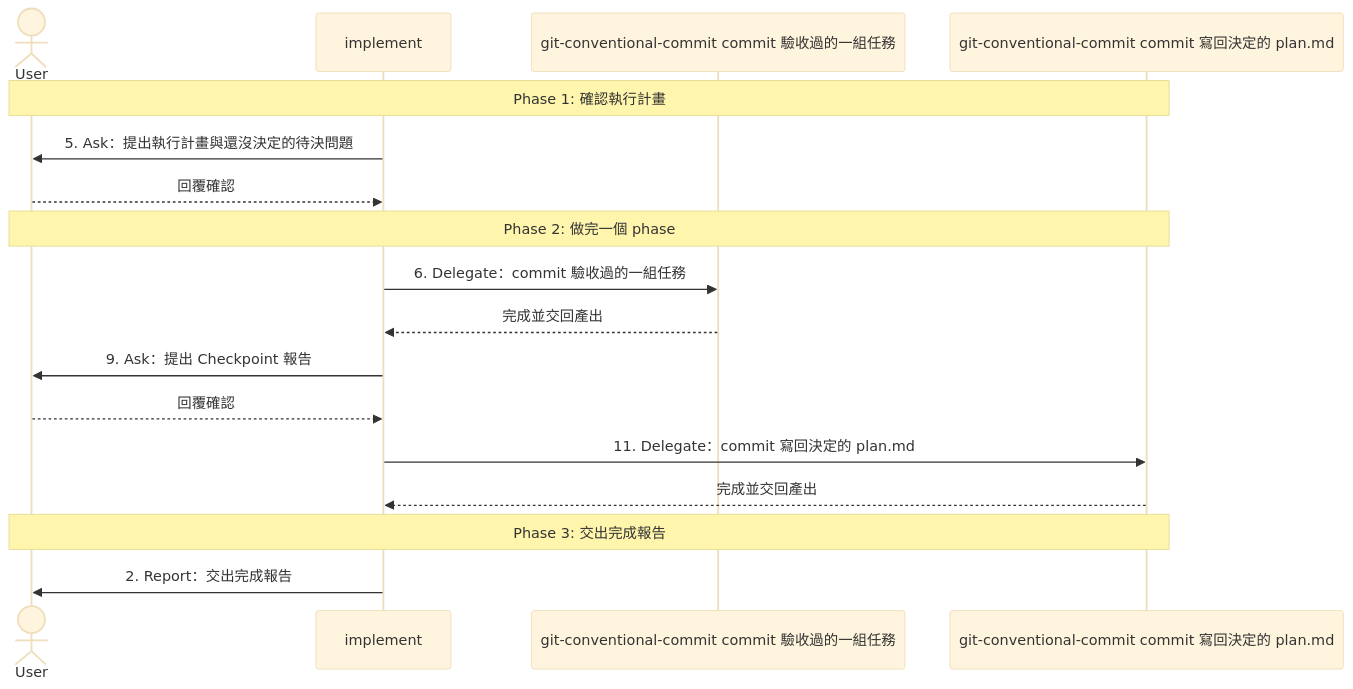
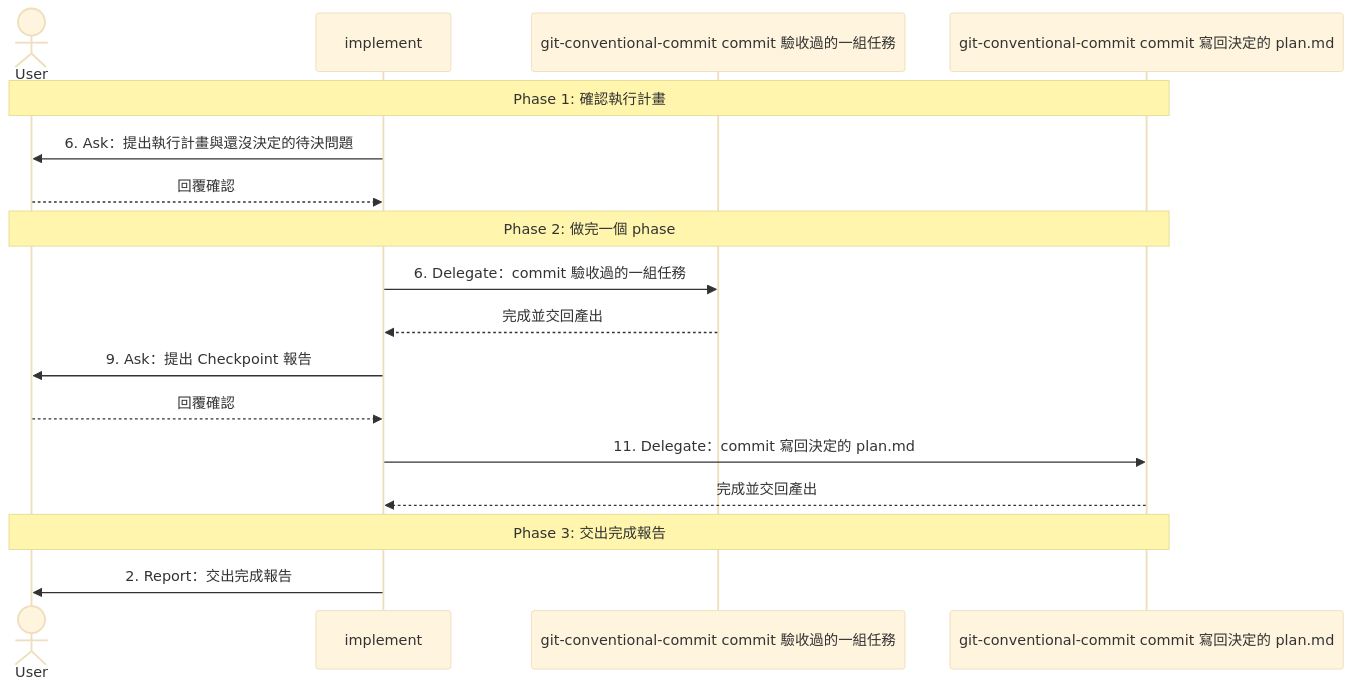
Before and after one commit to AI-x-BDD/BDGG-Dev-Skills: the second of 2 diagrams in .claude/skills/implement/SKILL.md, drawn with Mermaid (base theme). The commit also changed other lines of this file and 19 other files, not shown here.

````diff
--- a/.claude/skills/implement/SKILL.md
+++ b/.claude/skills/implement/SKILL.md
@@ -106,19 +112,19 @@
 ```mermaid
 sequenceDiagram
     actor User
     participant Main as implement
     participant Sub_1 as git-conventional-commit commit 驗收過的一組任務
     participant Sub_2 as git-conventional-commit commit 寫回決定的 plan.md
     Note over User,Sub_2: Phase 1: 確認執行計畫
-    Main->>User: 5. Ask：提出執行計畫與還沒決定的待決問題
+    Main->>User: 6. Ask：提出執行計畫與還沒決定的待決問題
     User-->>Main: 回覆確認
     Note over User,Sub_2: Phase 2: 做完一個 phase
     Main->>Sub_1: 6. Delegate：commit 驗收過的一組任務
     Sub_1-->>Main: 完成並交回產出
     Main->>User: 9. Ask：提出 Checkpoint 報告
     User-->>Main: 回覆確認
     Main->>Sub_2: 11. Delegate：commit 寫回決定的 plan.md
     Sub_2-->>Main: 完成並交回產出
     Note over User,Sub_2: Phase 3: 交出完成報告
     Main->>User: 2. Report：交出完成報告
 ```
````
